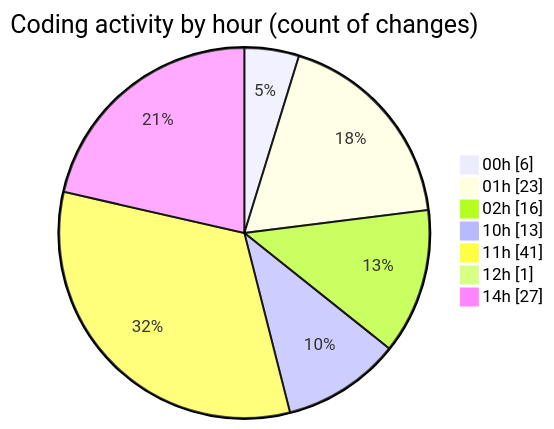
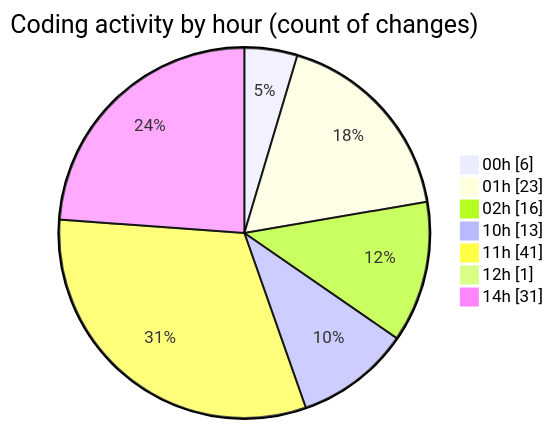
One commit to julien-gomy/code-tracking changed the second of 2 diagrams in 2025-11-08/eventscop-frontend-guide__workspace_/README.md. Above: the diagram before and after it, drawn with Mermaid. The commit also changed other lines of this file and 1 other file, not shown here.

````diff
--- a/2025-11-08/eventscop-frontend-guide__workspace_/README.md
+++ b/2025-11-08/eventscop-frontend-guide__workspace_/README.md
@@ -63,11 +67,11 @@
 ```mermaid
 pie showData
 title Coding activity by hour (count of changes)
 "00h" : 6
 "01h" : 23
 "02h" : 16
 "10h" : 13
 "11h" : 41
 "12h" : 1
-"14h" : 27
+"14h" : 31
 ```
````
